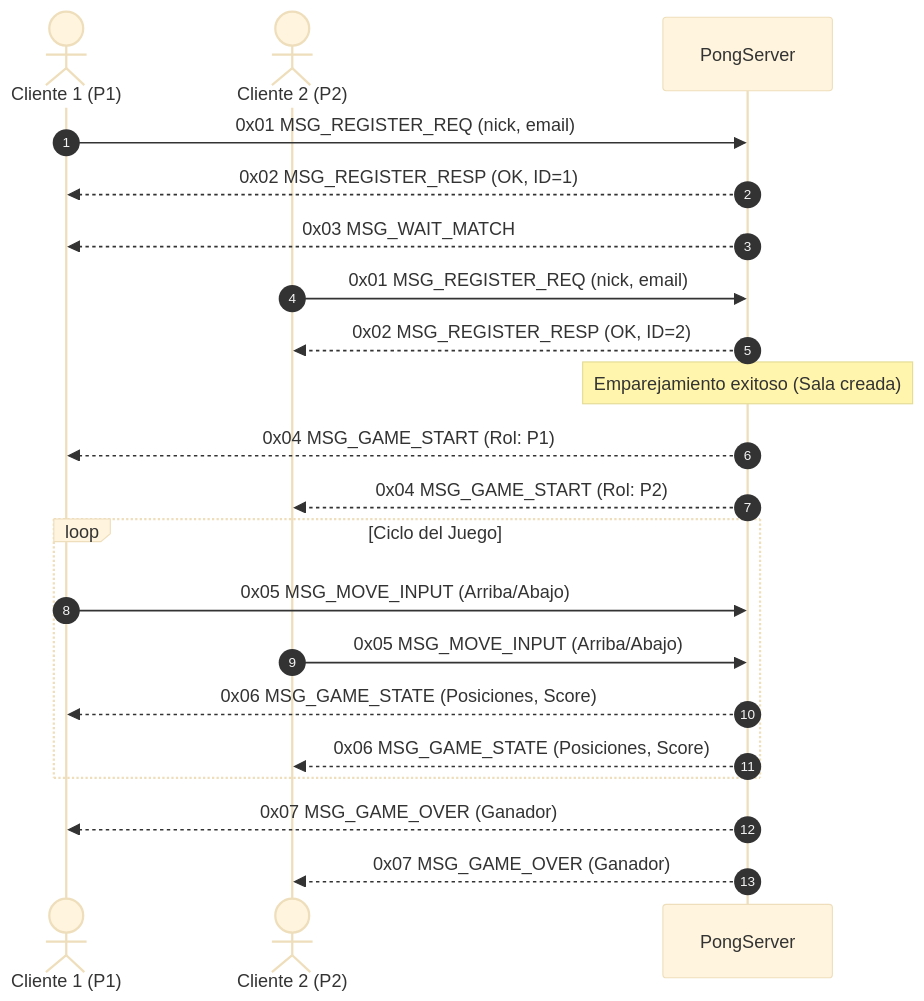
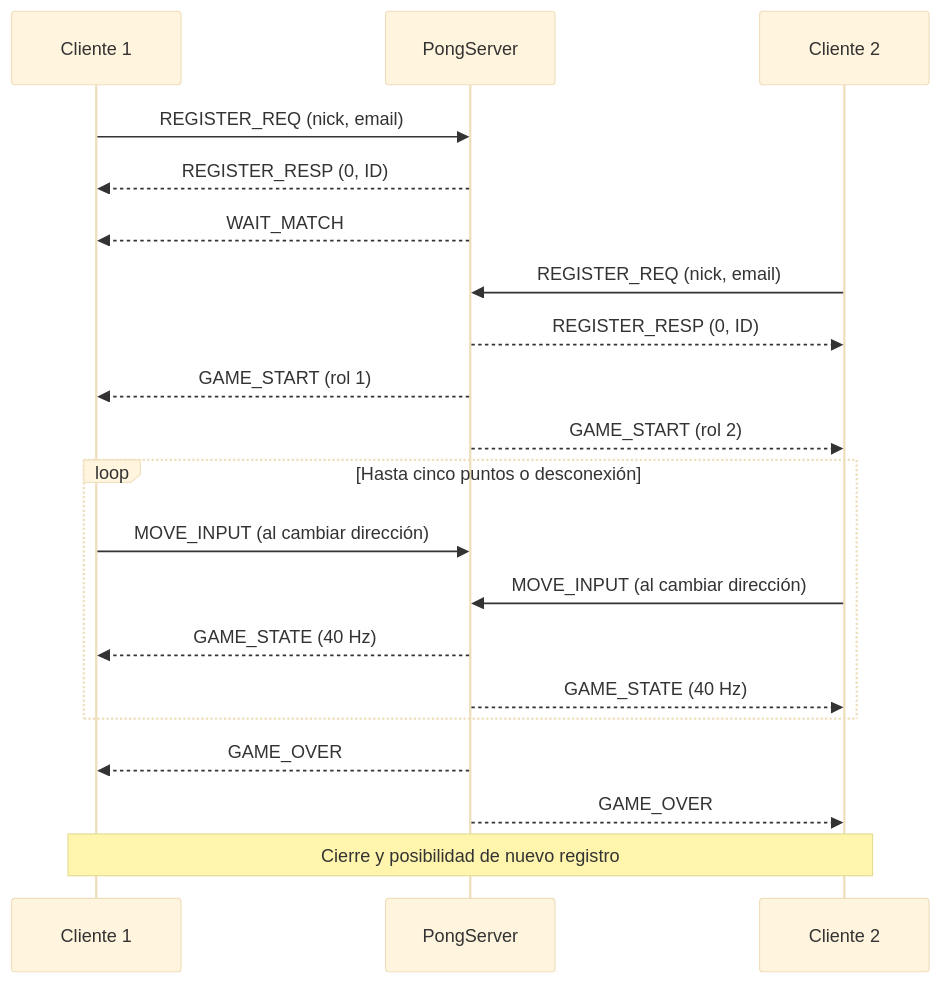
One commit to JerFGa/Pong changed the diagram in README.md. Above: the diagram before and after it, drawn with Mermaid (base theme). The commit also changed other lines of this file and 33 other files, not shown here.

````diff
--- a/README.md
+++ b/README.md
@@ -73,28 +170,22 @@
 ```mermaid
 sequenceDiagram
-    autonumber
-    actor C1 as Cliente 1 (P1)
-    actor C2 as Cliente 2 (P2)
+    participant C1 as Cliente 1
     participant S as PongServer
-
-    C1->>S: 0x01 MSG_REGISTER_REQ (nick, email)
-    S-->>C1: 0x02 MSG_REGISTER_RESP (OK, ID=1)
-    S-->>C1: 0x03 MSG_WAIT_MATCH
-
-    C2->>S: 0x01 MSG_REGISTER_REQ (nick, email)
-    S-->>C2: 0x02 MSG_REGISTER_RESP (OK, ID=2)
-
-    Note over S: Emparejamiento exitoso (Sala creada)
-    S-->>C1: 0x04 MSG_GAME_START (Rol: P1)
-    S-->>C2: 0x04 MSG_GAME_START (Rol: P2)
-
-    loop Ciclo del Juego
-        C1->>S: 0x05 MSG_MOVE_INPUT (Arriba/Abajo)
-        C2->>S: 0x05 MSG_MOVE_INPUT (Arriba/Abajo)
-        S-->>C1: 0x06 MSG_GAME_STATE (Posiciones, Score)
-        S-->>C2: 0x06 MSG_GAME_STATE (Posiciones, Score)
+    participant C2 as Cliente 2
+    C1->>S: REGISTER_REQ (nick, email)
+    S-->>C1: REGISTER_RESP (0, ID)
+    S-->>C1: WAIT_MATCH
+    C2->>S: REGISTER_REQ (nick, email)
+    S-->>C2: REGISTER_RESP (0, ID)
+    S-->>C1: GAME_START (rol 1)
+    S-->>C2: GAME_START (rol 2)
+    loop Hasta cinco puntos o desconexión
+        C1->>S: MOVE_INPUT (al cambiar dirección)
+        C2->>S: MOVE_INPUT (al cambiar dirección)
+        S-->>C1: GAME_STATE (40 Hz)
+        S-->>C2: GAME_STATE (40 Hz)
     end
-
-    S-->>C1: 0x07 MSG_GAME_OVER (Ganador)
-    S-->>C2: 0x07 MSG_GAME_OVER (Ganador)
+    S-->>C1: GAME_OVER
+    S-->>C2: GAME_OVER
+    Note over C1,C2: Cierre y posibilidad de nuevo registro
 ```
````
